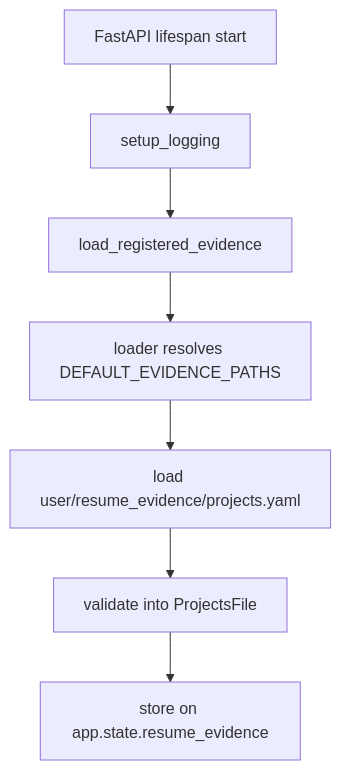
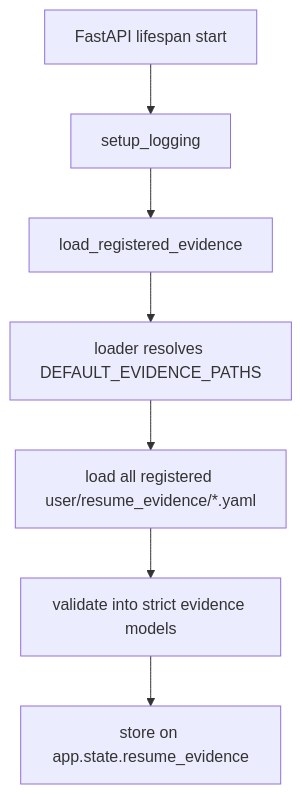
Before and after one commit to namerror/JobForge: the first of 4 diagrams in docs/architecture-overview.md, drawn with Mermaid. The commit also changed other lines of this file and 6 other files, not shown here.

````diff
--- a/docs/architecture-overview.md
+++ b/docs/architecture-overview.md
@@ -97,9 +123,9 @@
 ```mermaid
 flowchart TD
     A[FastAPI lifespan start] --> B[setup_logging]
     B --> C[load_registered_evidence]
     C --> D[loader resolves DEFAULT_EVIDENCE_PATHS]
-    D --> E[load user/resume_evidence/projects.yaml]
-    E --> F[validate into ProjectsFile]
+    D --> E[load all registered user/resume_evidence/*.yaml]
+    E --> F[validate into strict evidence models]
     F --> G[store on app.state.resume_evidence]
 ```
````
